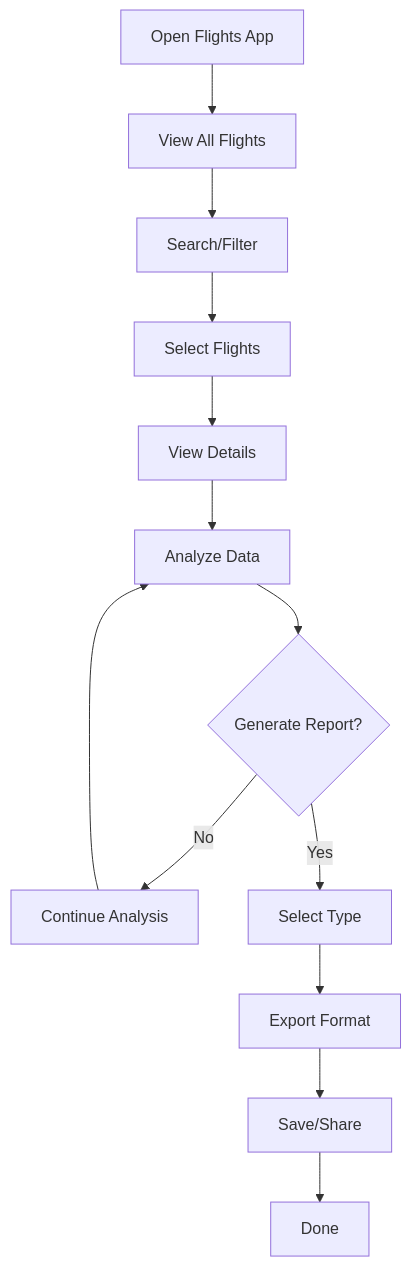
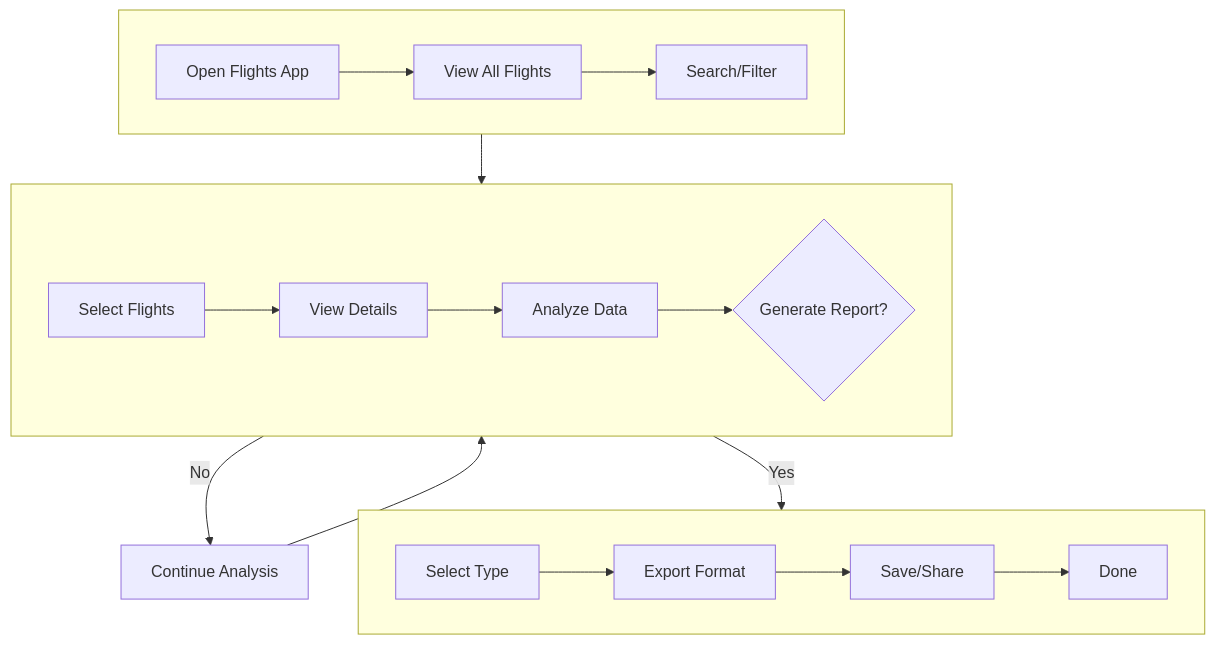
Before and after one commit to RoundRobinHood/cogniflight-cloud: the tenth of 10 diagrams in docs/SEN3781_Assignment4_Information_Architecture_Report.md, drawn with Mermaid. The commit also changed other lines of this file, not shown here.

Commit message:
improved diagram readability

````diff
--- a/docs/SEN3781_Assignment4_Information_Architecture_Report.md
+++ b/docs/SEN3781_Assignment4_Information_Architecture_Report.md
@@ -448,11 +512,19 @@
 ```mermaid
-flowchart TD
-    A[Open Flights App] --> B[View All Flights]
-    B --> C[Search/Filter] --> D[Select Flights]
-    D --> E[View Details] --> F[Analyze Data]
-    F --> G{Generate Report?}
+flowchart TB
+    subgraph row1[" "]
+        direction LR
+        A[Open Flights App] --> B[View All Flights] --> C[Search/Filter]
+    end
+    subgraph row2[" "]
+        direction LR
+        D[Select Flights] --> E[View Details] --> F[Analyze Data] --> G{Generate Report?}
+    end
+    subgraph row3[" "]
+        direction LR
+        H[Select Type] --> I[Export Format] --> K[Save/Share] --> L[Done]
+    end
+    C --> D
+    G -->|Yes| H
     G -->|No| J[Continue Analysis]
     J --> F
-    G -->|Yes| H[Select Type]
-    H --> I[Export Format] --> K[Save/Share] --> L[Done]
 ```
````
